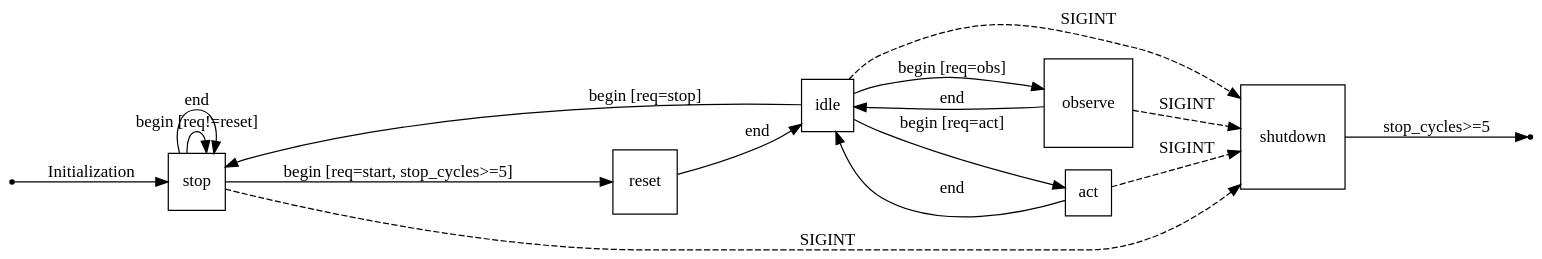
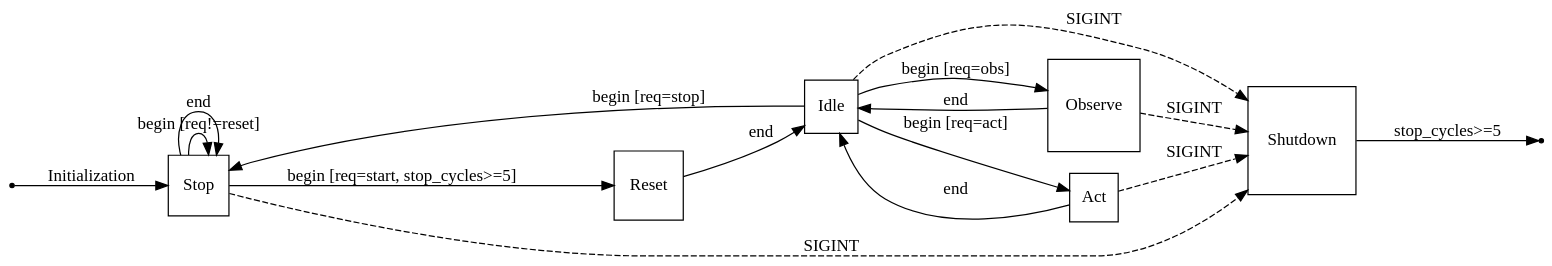
The diagram in doc/figures/state-machine.dot (upkie/vulp), drawn with Graphviz before and after one commit.

Commit message:
[doc] Capitalize first letter of spine states

```diff
--- a/doc/figures/state-machine.dot
+++ b/doc/figures/state-machine.dot
@@ -1,46 +1,46 @@
 /*
  * Copyright 2022 Stéphane Caron
  *
  * Licensed under the Apache License, Version 2.0 (the "License");
  * you may not use this file except in compliance with the License.
  * You may obtain a copy of the License at
  *
  *     http://www.apache.org/licenses/LICENSE-2.0
  *
  * Unless required by applicable law or agreed to in writing, software
  * distributed under the License is distributed on an "AS IS" BASIS,
  * WITHOUT WARRANTIES OR CONDITIONS OF ANY KIND, either express or implied.
  * See the License for the specific language governing permissions and
  * limitations under the License.
  */
 
 digraph spine_state_machine {
     bgcolor="transparent"
     rankdir="LR";
 
     node [shape=point, label=""] initial, terminal;
     node [shape=square];
 
-    kSendStops[label="stop"];
-    kReset[label="reset"];
-    kIdle[label="idle"];
-    kObserve[label="observe"];
-    kAct[label="act"];
-    kShutdown[label="shutdown"];
+    kSendStops[label="Stop"];
+    kReset[label="Reset"];
+    kIdle[label="Idle"];
+    kObserve[label="Observe"];
+    kAct[label="Act"];
+    kShutdown[label="Shutdown"];
 
     initial->kSendStops[label="Initialization"];
     kSendStops->kReset[label="begin [req=start, stop_cycles>=5]"];
     kSendStops->kSendStops[label="begin [req!=reset]"];
     kSendStops->kSendStops[label="end"];
     kSendStops->kShutdown[label="SIGINT", style=dashed];
     kReset->kIdle[label="end"];
     kIdle->kObserve[label="begin [req=obs]"];
     kIdle->kAct[label="begin [req=act]"];
     kIdle->kSendStops[label="begin [req=stop]"];
     kIdle->kShutdown[label="SIGINT", style=dashed];
     kObserve->kIdle[label="end"];
     kObserve->kShutdown[label="SIGINT", style=dashed];
     kAct->kIdle[label="end"];
     kAct->kShutdown[label="SIGINT", style=dashed];
     kShutdown->terminal[label="stop_cycles>=5"];
 }
```
